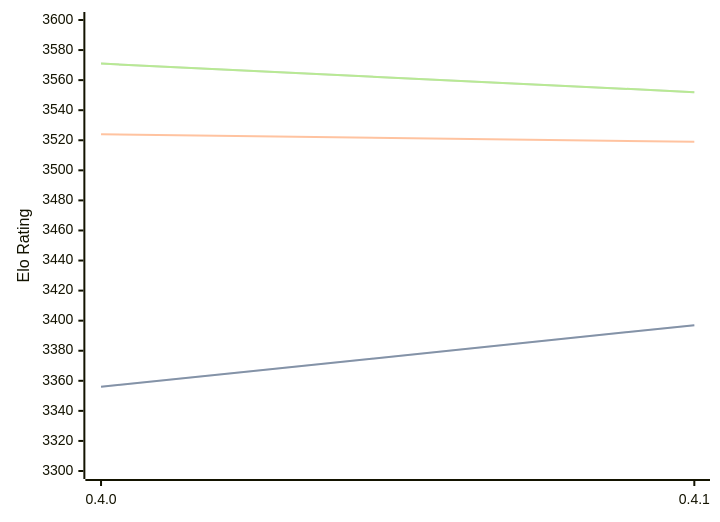
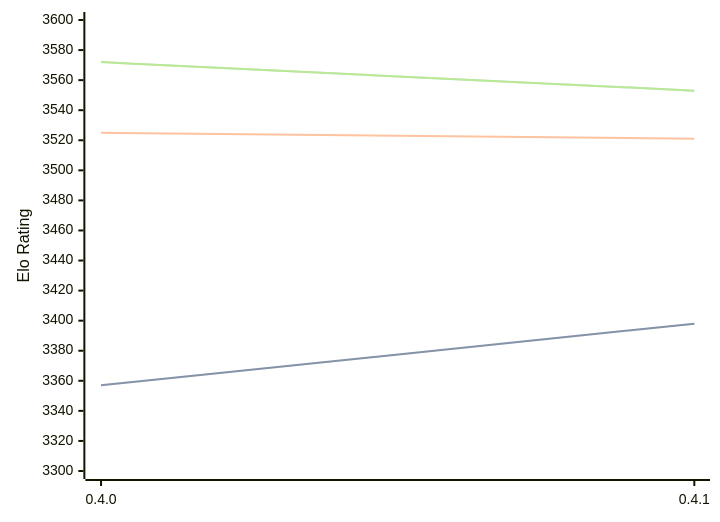
One commit to computer-chess-index/cci changed the diagram in engines/Cinder.md. Above: the diagram before and after it, drawn with Mermaid. The commit also changed other lines of this file, not shown here.

Commit message:
Update CCI Ratings (ELO VLTC) - 2026-05-06

````diff
--- a/engines/Cinder.md
+++ b/engines/Cinder.md
@@ -40,11 +40,11 @@
 ```mermaid
 %%{init: {"theme":"base","themeVariables":{"seriesColors:['#a3a3a3','#222221','#faa371']}}}%%
 xychart-beta
   x-axis ["0.4.0", "0.4.1"]
   y-axis "Elo Rating" 3300 --> 3600
-  line "STC (8.0+0.08s)" [3356, 3397]
-  line "STC (8.0+0.08s)" [3356, 3397]
-  line "LTC (60.0+0.60s)" [3524, 3519]
-  line "VLTC (2m24s+1.12s)" [3571, 3552]
-  line "VLTC (2m24s+1.12s)" [3571, 3552]
+  line "STC (8.0+0.08s)" [3357, 3398]
+  line "STC (8.0+0.08s)" [3357, 3398]
+  line "LTC (60.0+0.60s)" [3525, 3521]
+  line "VLTC (2m24s+1.12s)" [3572, 3553]
+  line "VLTC (2m24s+1.12s)" [3572, 3553]
 ```
````
